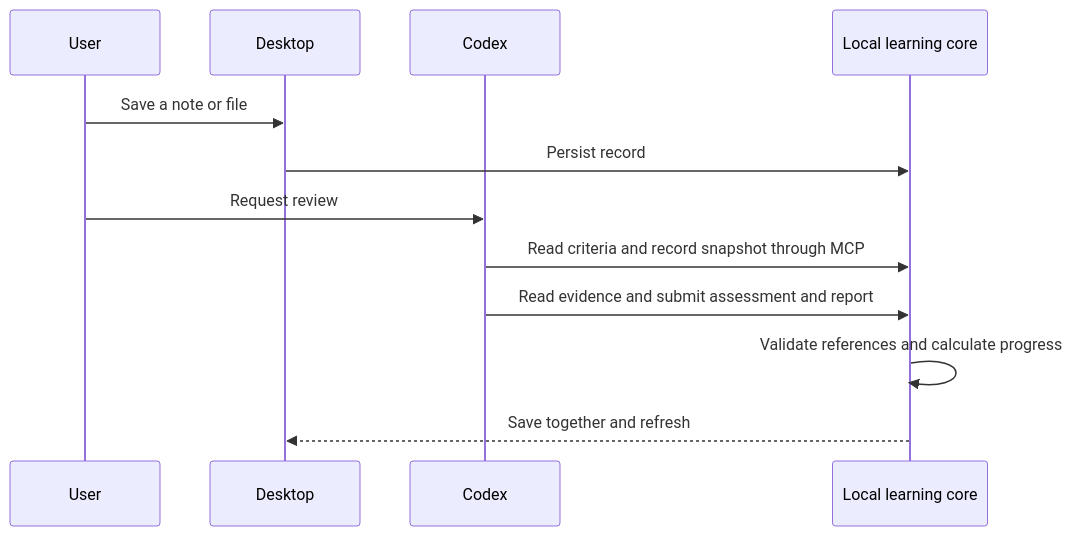
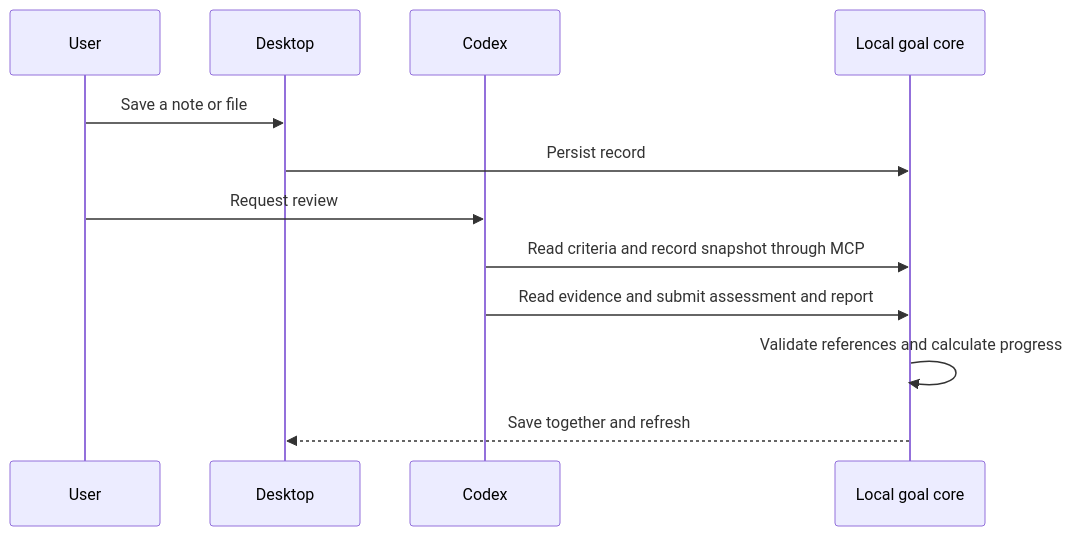
Before and after one commit to RichardF123/How-far-from-now-on---An-AI-to-do-list-tool: the diagram in README.md, drawn with Mermaid. The commit also changed other lines of this file and 17 other files, not shown here.

````diff
--- a/README.md
+++ b/README.md
@@ -60,14 +62,14 @@
 ```mermaid
 sequenceDiagram
     participant User
     participant Desktop
     participant Codex
-    participant Core as Local learning core
+    participant Core as Local goal core
     User->>Desktop: Save a note or file
     Desktop->>Core: Persist record
     User->>Codex: Request review
     Codex->>Core: Read criteria and record snapshot through MCP
     Codex->>Core: Read evidence and submit assessment and report
     Core->>Core: Validate references and calculate progress
     Core-->>Desktop: Save together and refresh
 ```
````
